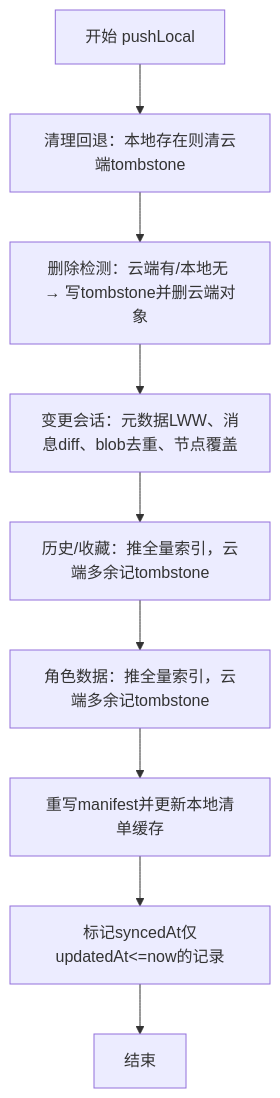
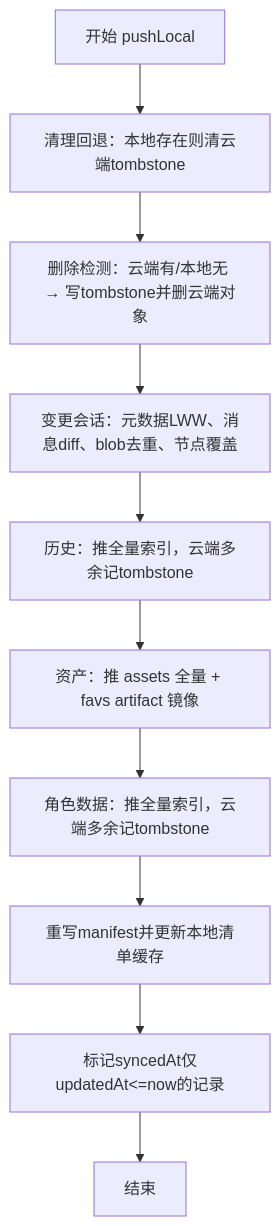
Before and after one commit to billye220670/AIShop: the fourth of 6 diagrams in .qoder/repowiki/zh/content/数据持久化/BYOC云同步系统.md, drawn with Mermaid. The commit also changed other lines of this file and 99 other files, not shown here.

````diff
--- a/.qoder/repowiki/zh/content/数据持久化/BYOC云同步系统.md
+++ b/.qoder/repowiki/zh/content/数据持久化/BYOC云同步系统.md
@@ -189,11 +194,12 @@
 ```mermaid
 flowchart TD
 A["开始 pushLocal"] --> D0["清理回退：本地存在则清云端tombstone"]
 D0 --> D1["删除检测：云端有/本地无 → 写tombstone并删云端对象"]
 D1 --> C1["变更会话：元数据LWW、消息diff、blob去重、节点覆盖"]
-C1 --> H1["历史/收藏：推全量索引，云端多余记tombstone"]
-H1 --> R1["角色数据：推全量索引，云端多余记tombstone"]
+C1 --> H1["历史：推全量索引，云端多余记tombstone"]
+H1 --> A1["资产：推 assets 全量 + favs artifact 镜像"]
+A1 --> R1["角色数据：推全量索引，云端多余记tombstone"]
 R1 --> M1["重写manifest并更新本地清单缓存"]
 M1 --> S1["标记syncedAt仅updatedAt<=now的记录"]
 S1 --> Z["结束"]
 ```
````
